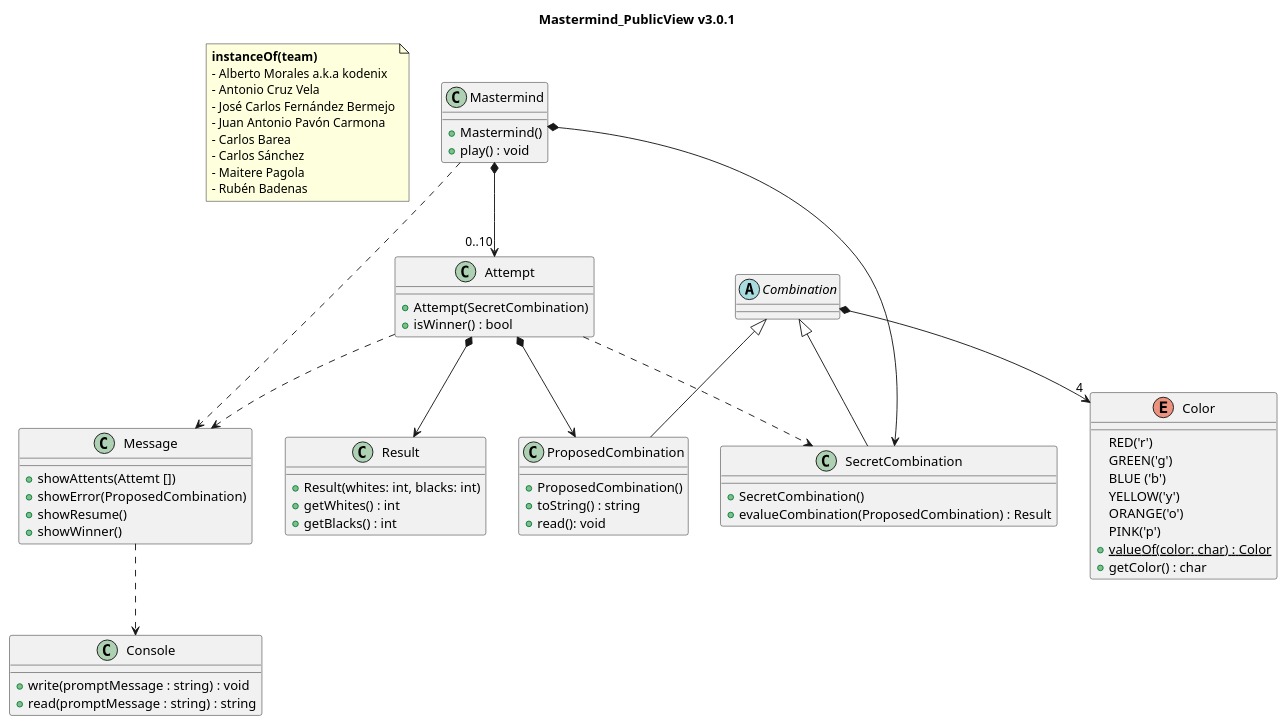
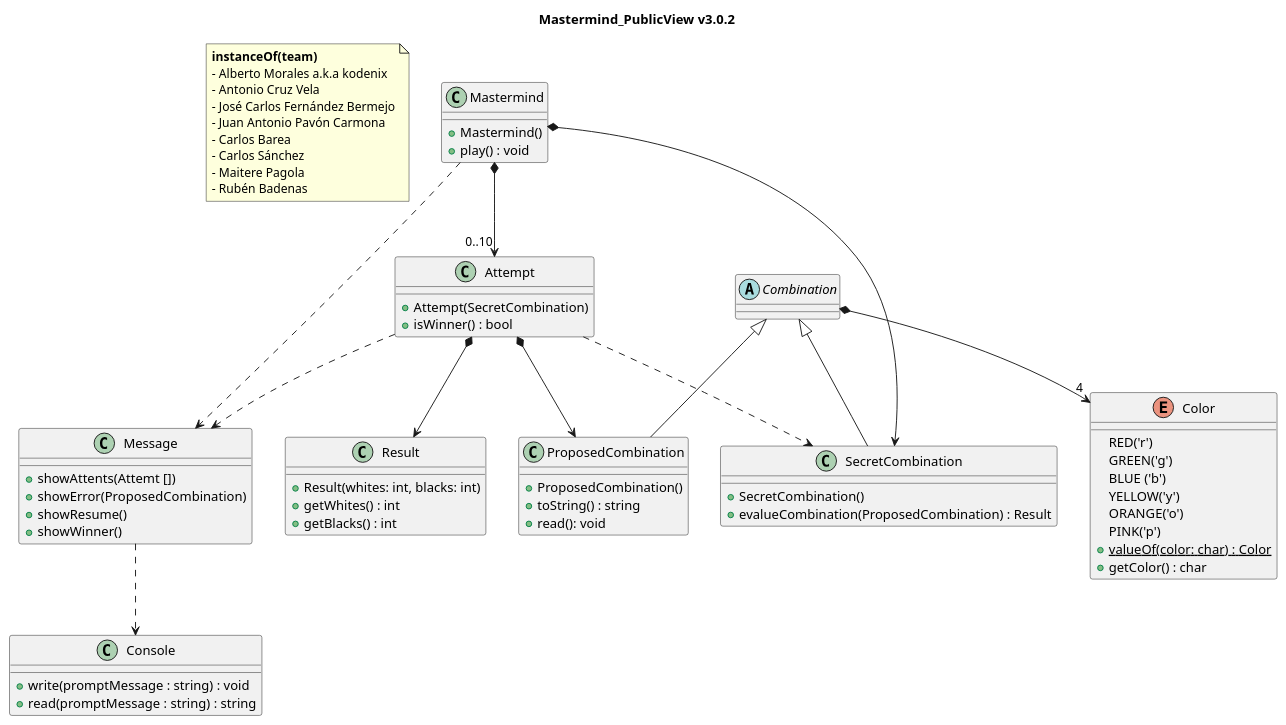
The diagram in mastermind.puml (japc78/escuelait-masterds-doo-mv-mastermin), drawn with PlantUML before and after one commit. The commit also changed 1 other file, not shown here.

```diff
--- a/mastermind.puml
+++ b/mastermind.puml
@@ -1,84 +1,84 @@
-@startuml Mastermind_PublicView_v3_0_1
-    title Mastermind_PublicView v3.0.1
+@startuml Mastermind_PublicView_v3_0_2
+    title Mastermind_PublicView v3.0.2
 
     note as N1
     <b>instanceOf(team)</b>
     - Alberto Morales a.k.a kodenix
     - Antonio Cruz Vela
     - José Carlos Fernández Bermejo
     - Juan Antonio Pavón Carmona
     - Carlos Barea
     - Carlos Sánchez
     - Maitere Pagola
     - Rubén Badenas
     end note
 
     class Mastermind {
         +Mastermind()
         +play() : void
     }
 
     class Attempt{
         +Attempt(SecretCombination)
         +isWinner() : bool
     }
 
     class Result{
         +Result(whites: int, blacks: int)
         +getWhites() : int
         +getBlacks() : int
     }
 
     enum Color{
         RED('r')
         GREEN('g')
         BLUE ('b')
         YELLOW('y')
         ORANGE('o')
         PINK('p')
         +{static} valueOf(color: char) : Color
         +getColor() : char
     }
 
     abstract class Combination{
     }
 
     class SecretCombination{
         +SecretCombination()
         +evalueCombination(ProposedCombination) : Result
     }
 
     class ProposedCombination{
         +ProposedCombination()
         +toString() : string
         +read(): void
     }
 
     class Console{
         +write(promptMessage : string) : void
         +read(promptMessage : string) : string
     }
 
     Class Message {
         +showAttents(Attemt [])
         +showError(ProposedCombination)
         +showResume()
         +showWinner()
     }
 
     Mastermind *--> SecretCombination
     Mastermind *--> "0..10" Attempt
     Mastermind ..> Message
 
     Combination ^-- SecretCombination
     Combination ^-- ProposedCombination
     Combination *--> "4" Color
 
     Attempt *--> ProposedCombination
     Attempt *--> Result
     Attempt ..> SecretCombination
 
     Attempt ..> Message
 
     Message ..> Console
 @enduml
```
